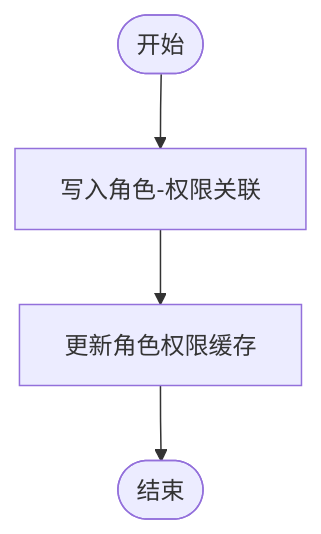
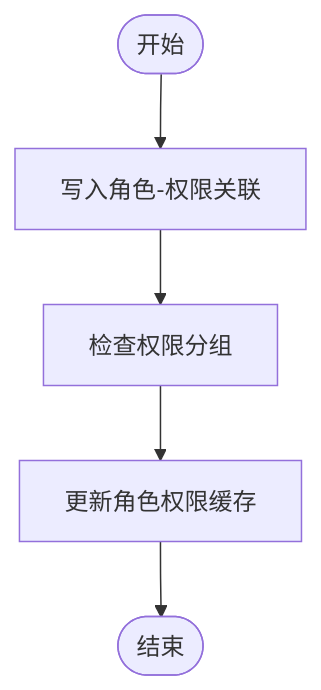
One commit to liming-lihaini/workflow changed the fifth of 8 diagrams in .qoder/repowiki/zh/content/权限控制系统/RBAC权限模型.md. Above: the diagram before and after it, drawn with Mermaid. The commit also changed other lines of this file and 46 other files, not shown here.

````diff
--- a/.qoder/repowiki/zh/content/权限控制系统/RBAC权限模型.md
+++ b/.qoder/repowiki/zh/content/权限控制系统/RBAC权限模型.md
@@ -326,6 +344,7 @@
 ```mermaid
 flowchart TD
 S(["开始"]) --> Bind["写入角色-权限关联"]
-Bind --> CacheUpdate["更新角色权限缓存"]
+Bind --> GroupCheck["检查权限分组"]
+GroupCheck --> CacheUpdate["更新角色权限缓存"]
 CacheUpdate --> E(["结束"])
 ```
````
